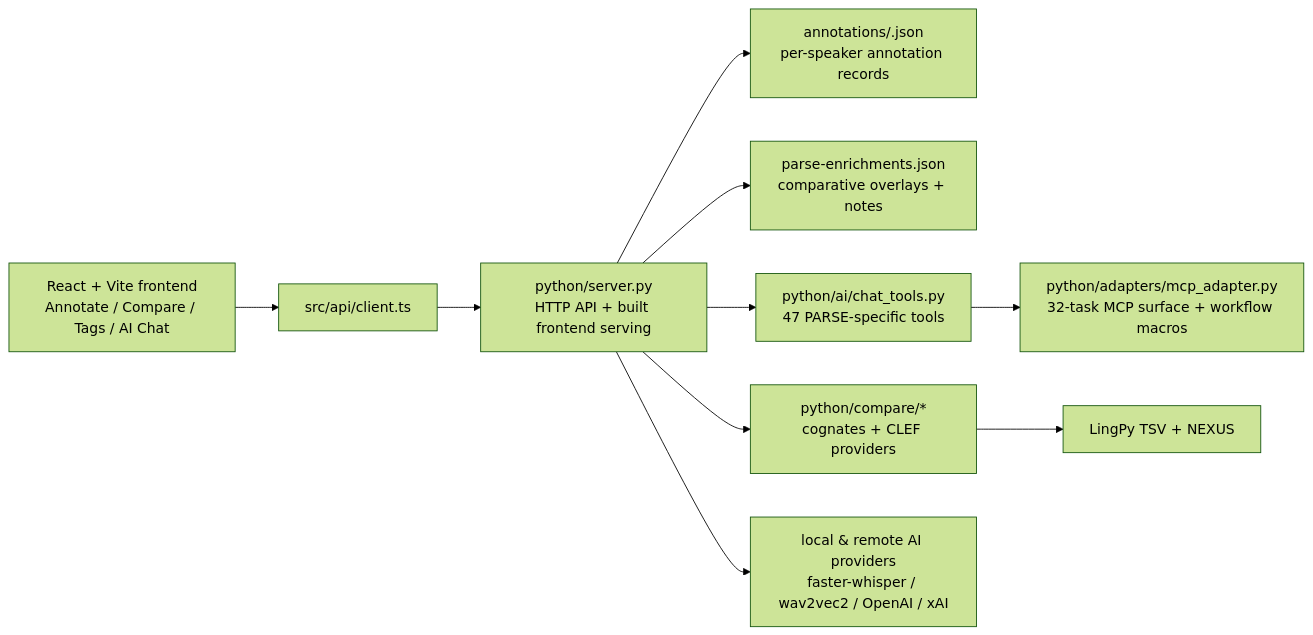
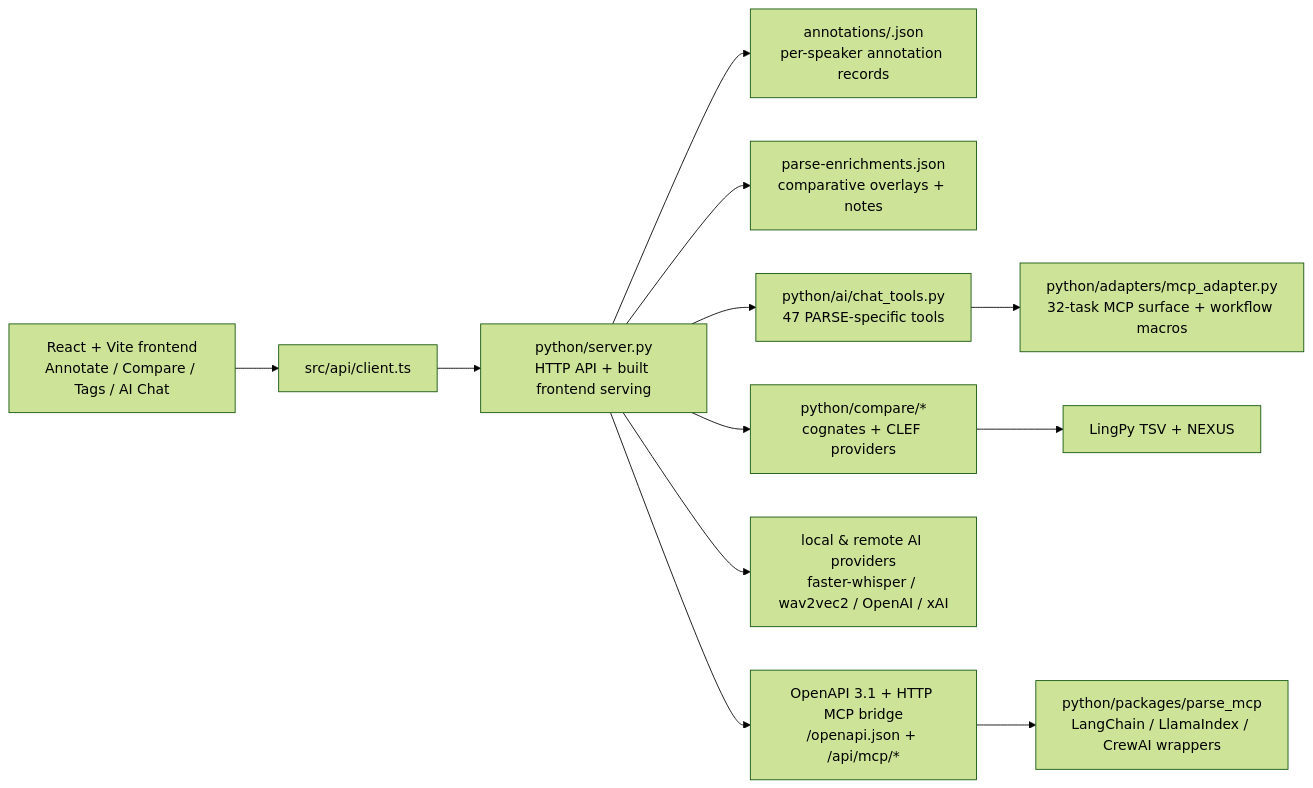
The first of 5 diagrams in docs/architecture.md (ArdeleanLucas/PARSE-pre-rebuild-archive), drawn with Mermaid (forest theme) before and after one commit. The commit also changed other lines of this file and 29 other files, not shown here.

Commit message:
feat: standardize parse external api surface

````diff
--- a/docs/architecture.md
+++ b/docs/architecture.md
@@ -11,12 +11,14 @@
 ```mermaid
 flowchart LR
     Browser[React + Vite frontend\nAnnotate / Compare / Tags / AI Chat] --> Client[src/api/client.ts]
     Client --> Server[python/server.py\nHTTP API + built frontend serving]
     Server --> Annotations[annotations/<Speaker>.json\nper-speaker annotation records]
     Server --> Enrichments[parse-enrichments.json\ncomparative overlays + notes]
     Server --> ChatTools[python/ai/chat_tools.py\n47 PARSE-specific tools]
     Server --> Compare[python/compare/*\ncognates + CLEF providers]
     Server --> Models[local & remote AI providers\nfaster-whisper / wav2vec2 / OpenAI / xAI]
+    Server --> External[OpenAPI 3.1 + HTTP MCP bridge\n/openapi.json + /api/mcp/*]
     ChatTools --> MCP[python/adapters/mcp_adapter.py\n32-task MCP surface + workflow macros]
+    External --> PyPkg[python/packages/parse_mcp\nLangChain / LlamaIndex / CrewAI wrappers]
     Compare --> Exports[LingPy TSV + NEXUS]
 ```
````
